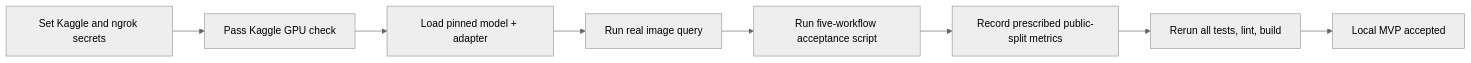
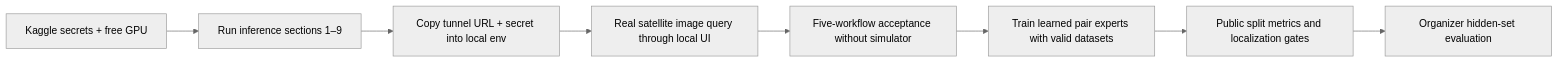
One commit to aanandmodi/StatqueryAI changed the diagram in docs/PROGRESS.md. Above: the diagram before and after it, drawn with Mermaid (neutral theme). The commit also changed other lines of this file and 80 other files, not shown here.

````diff
--- a/docs/PROGRESS.md
+++ b/docs/PROGRESS.md
@@ -56,10 +165,10 @@
 ```mermaid
 flowchart LR
-    Install[Set Kaggle and ngrok secrets] --> CUDA[Pass Kaggle GPU check]
-    CUDA --> Load[Load pinned model + adapter]
-    Load --> Query[Run real image query]
-    Query --> API[Run five-workflow acceptance script]
-    API --> Benchmark[Record prescribed public-split metrics]
-    Benchmark --> Build[Rerun all tests, lint, build]
-    Build --> Accept[Local MVP accepted]
+    Secrets[Kaggle secrets + free GPU] --> Notebook[Run inference sections 1–9]
+    Notebook --> Connect[Copy tunnel URL + secret into local env]
+    Connect --> Query[Real satellite image query through local UI]
+    Query --> Five[Five-workflow acceptance without simulator]
+    Five --> Train[Train learned pair experts with valid datasets]
+    Train --> Bench[Public split metrics and localization gates]
+    Bench --> Hidden[Organizer hidden-set evaluation]
 ```
````
